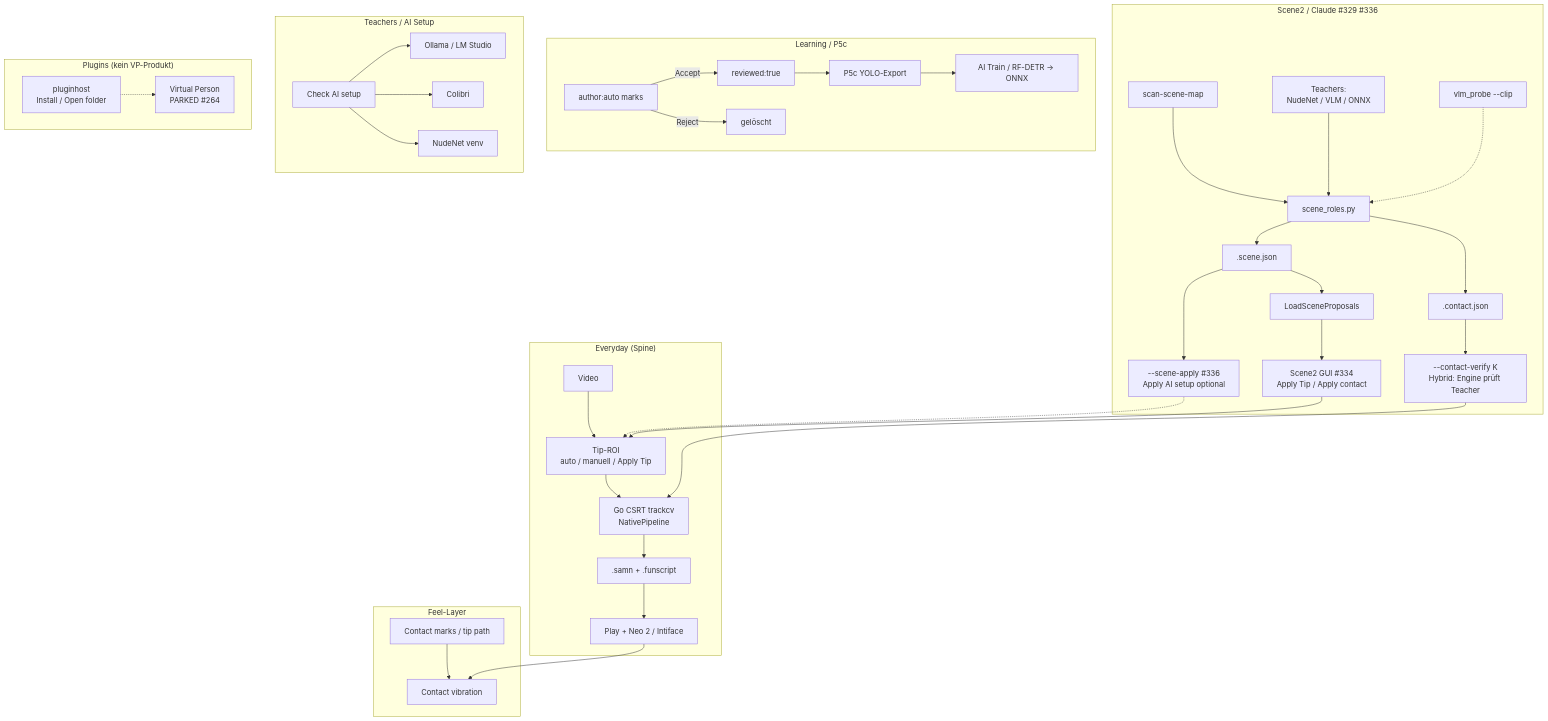
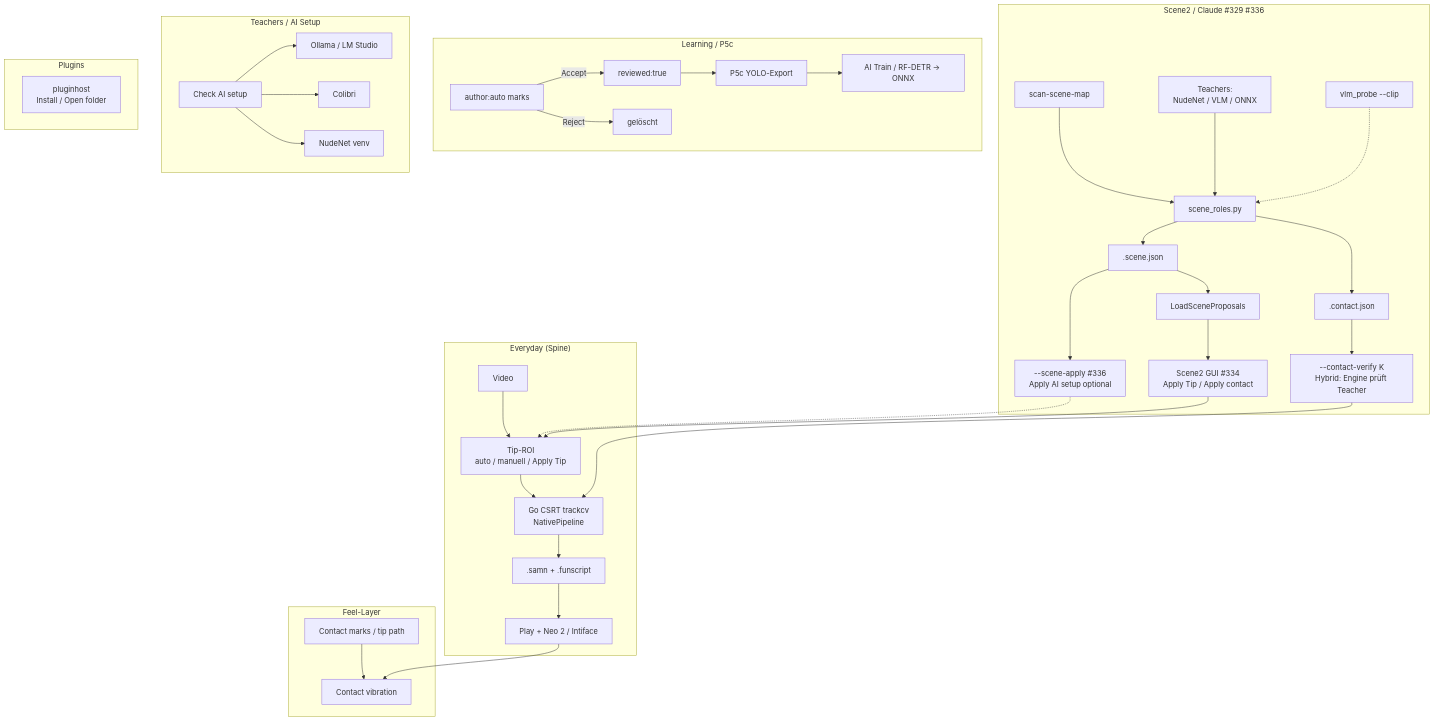
Before and after one commit to funfunpayer/SamNPlayer: the diagram in docs/owner/zusammenhang-und-testen.md, drawn with Mermaid. The commit also changed other lines of this file and 6 other files, not shown here.

````diff
--- a/docs/owner/zusammenhang-und-testen.md
+++ b/docs/owner/zusammenhang-und-testen.md
@@ -26,46 +27,46 @@
 ```mermaid
 flowchart TB
   subgraph Everyday["Everyday (Spine)"]
     V[Video] --> ROI[Tip-ROI<br/>auto / manuell / Apply Tip]
     ROI --> GO[Go CSRT trackcv<br/>NativePipeline]
     GO --> SAMN[.samn + .funscript]
     SAMN --> PLAY[Play + Neo 2 / Intiface]
   end
 
   subgraph Feel["Feel-Layer"]
     CM[Contact marks / tip path] --> VIB[Contact vibration]
     PLAY --> VIB
   end
 
   subgraph Scene2["Scene2 / Claude #329 #336"]
     SCAN[scan-scene-map] --> ROLES[scene_roles.py]
     TEACH[Teachers:<br/>NudeNet / VLM / ONNX] --> ROLES
     VLM[vlm_probe --clip] -.-> ROLES
     ROLES --> SJ[".scene.json"]
     ROLES --> CJ[".contact.json"]
     SJ --> LSP[LoadSceneProposals]
     LSP --> GUI[Scene2 GUI #334<br/>Apply Tip / Apply contact]
     SJ --> APPLY["--scene-apply #336<br/>Apply AI setup optional"]
     CJ --> VERIFY["--contact-verify K<br/>Hybrid: Engine prüft Teacher"]
     VERIFY --> GO
     APPLY -.-> ROI
     GUI --> ROI
   end
 
   subgraph Learn["Learning / P5c"]
     AUTO[author:auto marks] -->|Accept| REV[reviewed:true]
     AUTO -->|Reject| DEL[gelöscht]
     REV --> YOLO[P5c YOLO-Export]
     YOLO --> TRAIN[AI Train / RF-DETR → ONNX]
   end
 
   subgraph AISetup["Teachers / AI Setup"]
     CHK[Check AI setup] --> OLL[Ollama / LM Studio]
     CHK --> COL[Colibri]
     CHK --> NUD[NudeNet venv]
   end
 
-  subgraph Plugins["Plugins (kein VP-Produkt)"]
-    PH[pluginhost<br/>Install / Open folder] -.-> VP[Virtual Person<br/>PARKED #264]
+  subgraph Plugins["Plugins"]
+    PH[pluginhost<br/>Install / Open folder]
   end
 ```
````
